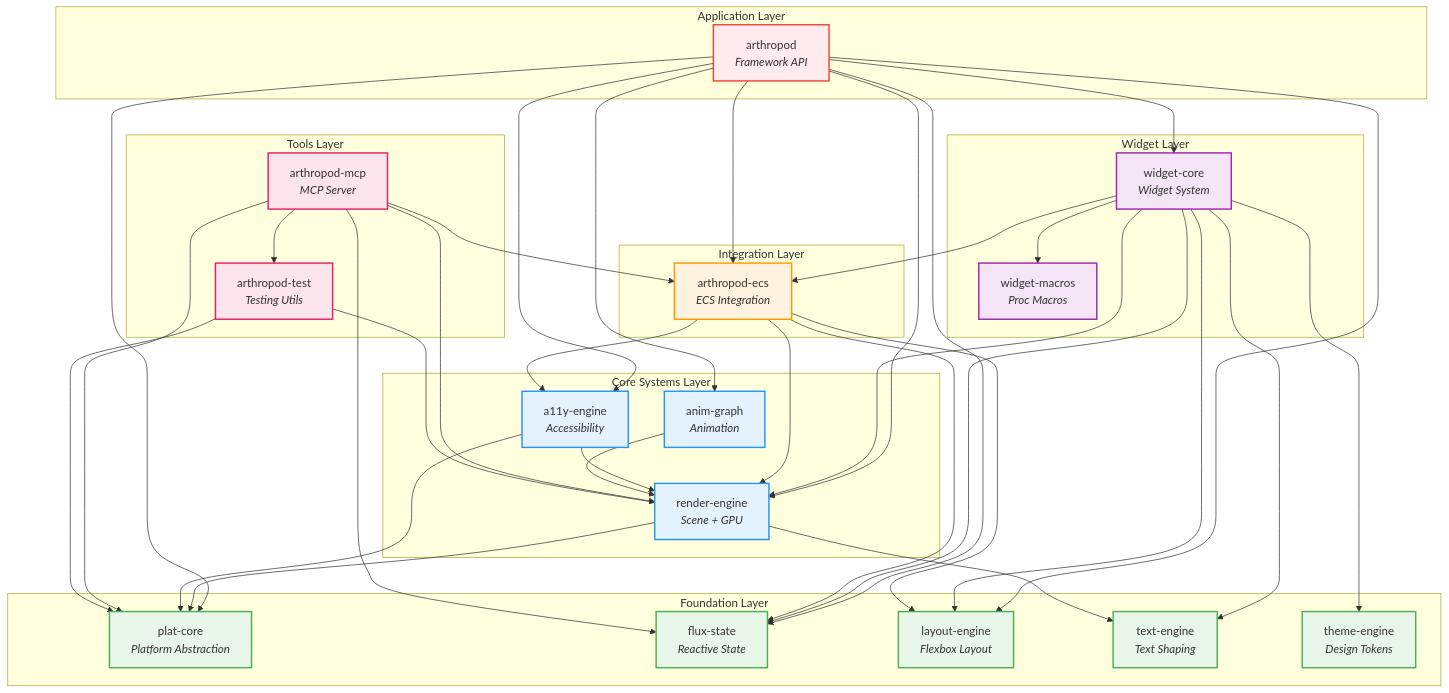
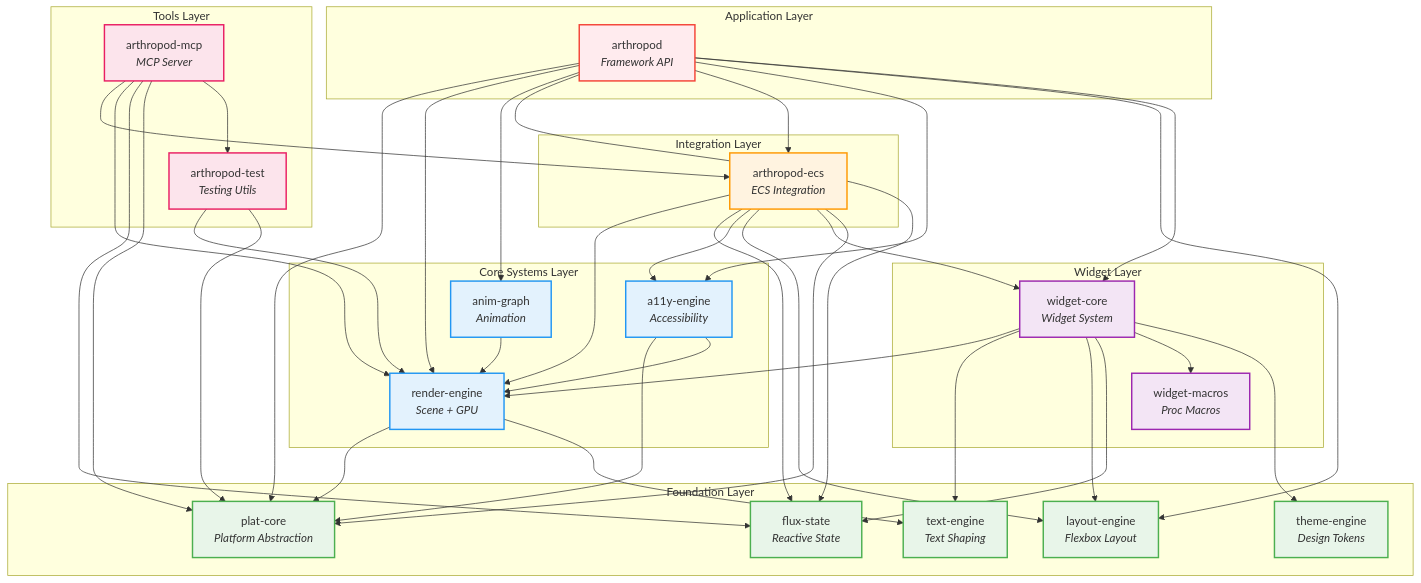
One commit to madmax983/arthropod changed the diagram in docs/architecture/dependency-graph.md. Above: the diagram before and after it, drawn with Mermaid. The commit also changed other lines of this file and 1 other file, not shown here.

First line of the commit message:
docs: Add ADR 0018 (Nova Particles) and fix dependency graph (#99)

```diff
--- a/docs/architecture/dependency-graph.md
+++ b/docs/architecture/dependency-graph.md
@@ -53,7 +53,6 @@
     widget-core --> text-engine
     widget-core --> layout-engine
     widget-core --> flux-state
-    widget-core --> arthropod-ecs
     widget-core --> widget-macros
     widget-core --> theme-engine
 
@@ -62,6 +61,8 @@
     arthropod-ecs --> flux-state
     arthropod-ecs --> a11y-engine
     arthropod-ecs --> layout-engine
+    arthropod-ecs --> widget-core
+    arthropod-ecs --> plat-core
 
     %% Core systems dependencies
     render-engine --> plat-core
```
